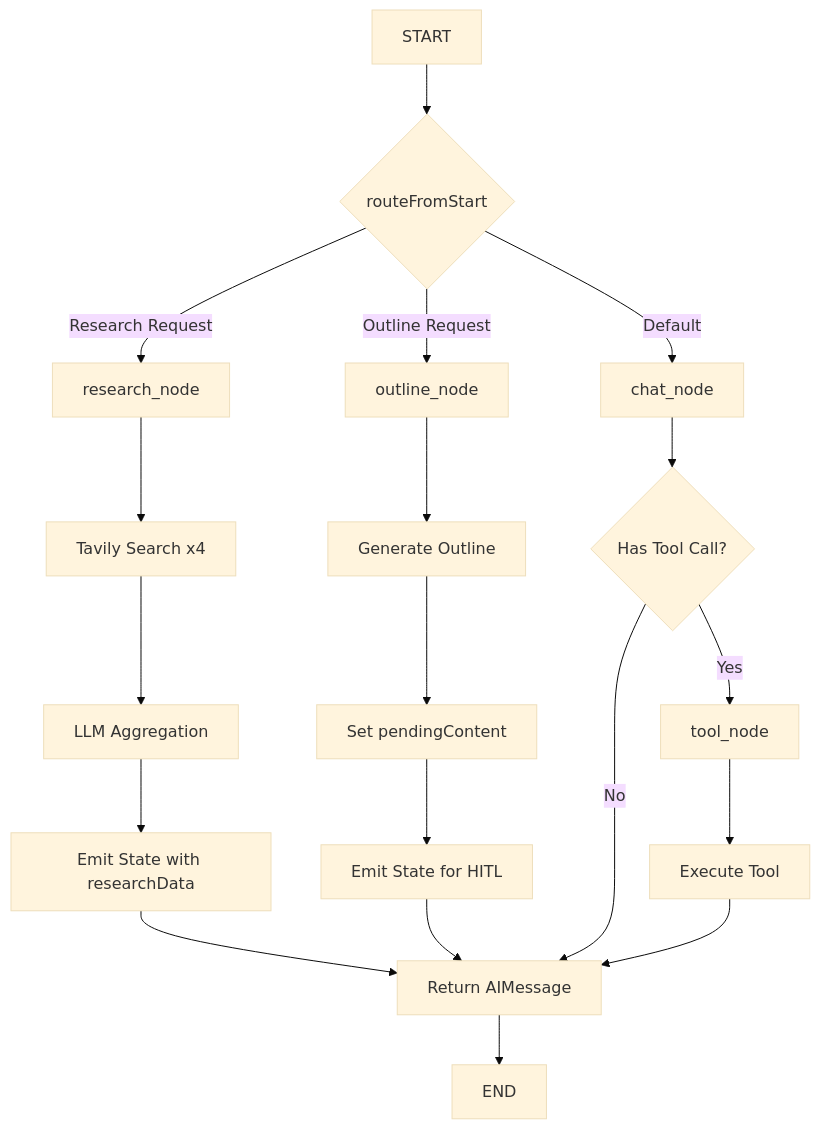
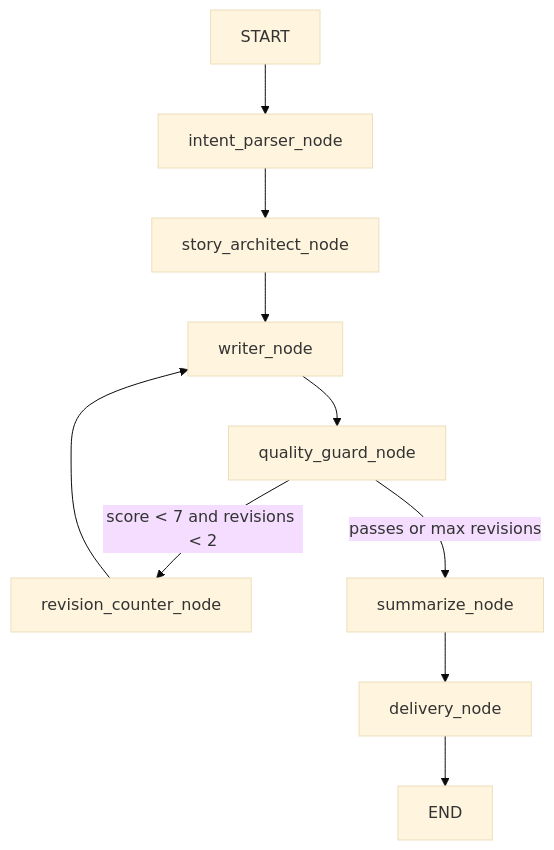
One commit to ChanMeng666/fanfic-lab changed the third of 4 diagrams in README.md. Above: the diagram before and after it, drawn with Mermaid (base theme). The commit also changed other lines of this file and 6 other files, not shown here.

First line of the commit message:
docs: sync documentation to current architecture; add agent-first docs

````diff
--- a/README.md
+++ b/README.md
@@ -361,26 +354,12 @@
 ```mermaid
 graph TD
-    A[START] --> B{routeFromStart}
-    B -->|Research Request| C[research_node]
-    B -->|Outline Request| D[outline_node]
-    B -->|Default| E[chat_node]
-
-    C --> F[Tavily Search x4]
-    F --> G[LLM Aggregation]
-    G --> H[Emit State with researchData]
-    H --> I[Return AIMessage]
-
-    D --> J[Generate Outline]
-    J --> K[Set pendingContent]
-    K --> L[Emit State for HITL]
-    L --> I
-
-    E --> M{Has Tool Call?}
-    M -->|Yes| N[tool_node]
-    M -->|No| I
-
-    N --> O[Execute Tool]
-    O --> I
-
-    I --> P[END]
+    A[START] --> B[intent_parser_node]
+    B --> C[story_architect_node]
+    C --> D[writer_node]
+    D --> E[quality_guard_node]
+    E -->|score < 7 and revisions < 2| R[revision_counter_node]
+    R --> D
+    E -->|passes or max revisions| F[summarize_node]
+    F --> G[delivery_node]
+    G --> H[END]
 ```
````
